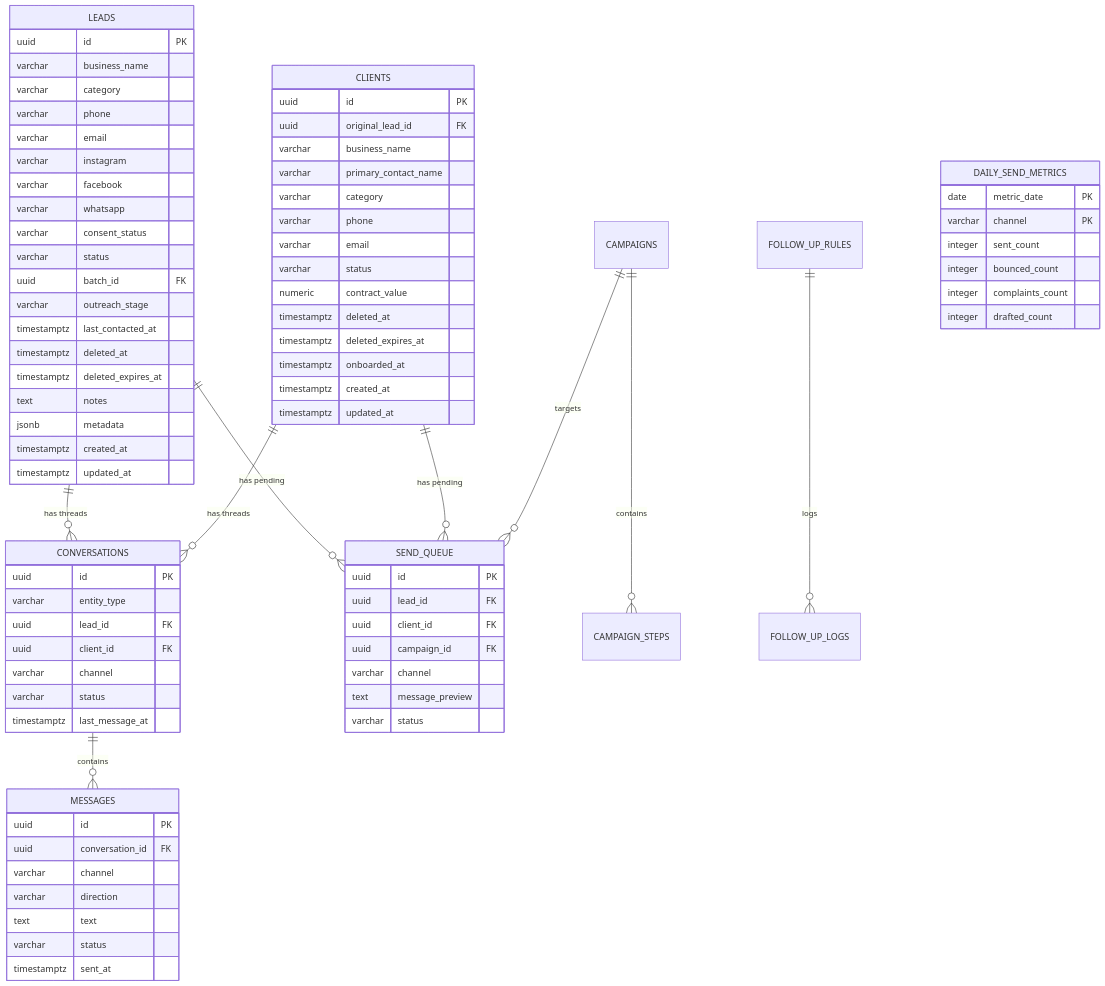
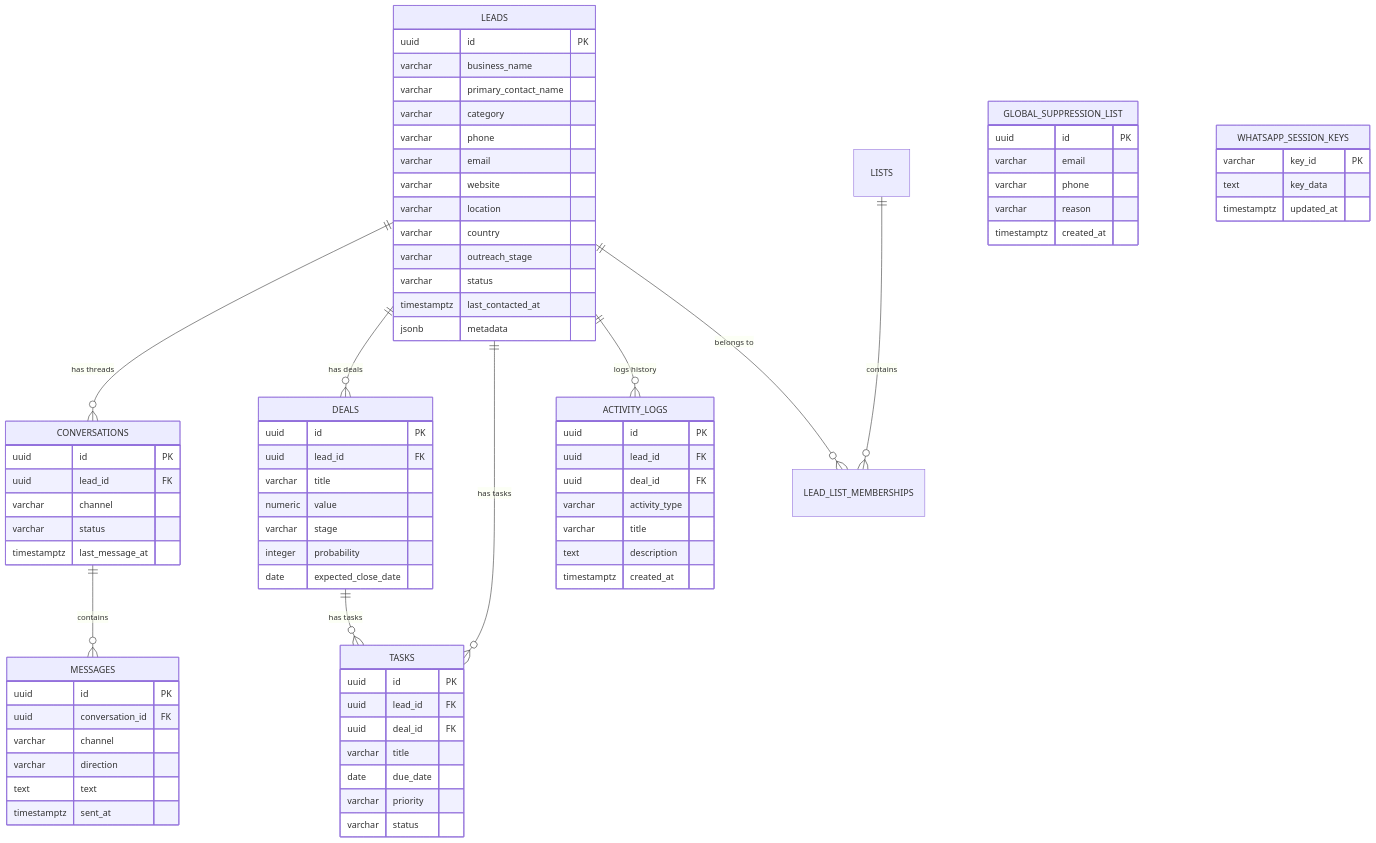
One commit to helloujjawal007/Outreach-Dashboard changed the second of 2 diagrams in README.md. Above: the diagram before and after it, drawn with Mermaid. The commit also changed other lines of this file and 3 other files, not shown here.

````diff
--- a/README.md
+++ b/README.md
@@ -225,58 +138,63 @@
 ```mermaid
 erDiagram
     LEADS ||--o{ CONVERSATIONS : "has threads"
-    LEADS ||--o{ SEND_QUEUE : "has pending"
-    CLIENTS ||--o{ CONVERSATIONS : "has threads"
-    CLIENTS ||--o{ SEND_QUEUE : "has pending"
+    LEADS ||--o{ DEALS : "has deals"
+    LEADS ||--o{ TASKS : "has tasks"
+    LEADS ||--o{ ACTIVITY_LOGS : "logs history"
+    LEADS ||--o{ LEAD_LIST_MEMBERSHIPS : "belongs to"
     CONVERSATIONS ||--o{ MESSAGES : "contains"
-    CAMPAIGNS ||--o{ CAMPAIGN_STEPS : "contains"
-    CAMPAIGNS ||--o{ SEND_QUEUE : "targets"
-    FOLLOW_UP_RULES ||--o{ FOLLOW_UP_LOGS : "logs"
+    DEALS ||--o{ TASKS : "has tasks"
+    LISTS ||--o{ LEAD_LIST_MEMBERSHIPS : "contains"
 
     LEADS {
         uuid id PK
-        varchar business_name
-        varchar category
-        varchar phone
-        varchar email
-        varchar instagram
-        varchar facebook
-        varchar whatsapp
-        varchar consent_status
-        varchar status
-        uuid batch_id FK
-        varchar outreach_stage
-        timestamptz last_contacted_at
-        timestamptz deleted_at
-        timestamptz deleted_expires_at
-        text notes
-        jsonb metadata
-        timestamptz created_at
-        timestamptz updated_at
-    }
-
-    CLIENTS {
-        uuid id PK
-        uuid original_lead_id FK
         varchar business_name
         varchar primary_contact_name
         varchar category
         varchar phone
         varchar email
+        varchar website
+        varchar location
+        varchar country
+        varchar outreach_stage
         varchar status
-        numeric contract_value
-        timestamptz deleted_at
-        timestamptz deleted_expires_at
-        timestamptz onboarded_at
+        timestamptz last_contacted_at
+        jsonb metadata
+    }
+
+    DEALS {
+        uuid id PK
+        uuid lead_id FK
+        varchar title
+        numeric value
+        varchar stage
+        integer probability
+        date expected_close_date
+    }
+
+    TASKS {
+        uuid id PK
+        uuid lead_id FK
+        uuid deal_id FK
+        varchar title
+        date due_date
+        varchar priority
+        varchar status
+    }
+
+    ACTIVITY_LOGS {
+        uuid id PK
+        uuid lead_id FK
+        uuid deal_id FK
+        varchar activity_type
+        varchar title
+        text description
         timestamptz created_at
-        timestamptz updated_at
     }
 
     CONVERSATIONS {
         uuid id PK
-        varchar entity_type
         uuid lead_id FK
-        uuid client_id FK
         varchar channel
         varchar status
         timestamptz last_message_at
@@ -288,26 +206,20 @@
         varchar channel
         varchar direction
         text text
-        varchar status
         timestamptz sent_at
     }
 
-    SEND_QUEUE {
+    GLOBAL_SUPPRESSION_LIST {
         uuid id PK
-        uuid lead_id FK
-        uuid client_id FK
-        uuid campaign_id FK
-        varchar channel
-        text message_preview
-        varchar status
+        varchar email
+        varchar phone
+        varchar reason
+        timestamptz created_at
     }
 
-    DAILY_SEND_METRICS {
-        date metric_date PK
-        varchar channel PK
-        integer sent_count
-        integer bounced_count
-        integer complaints_count
-        integer drafted_count
+    WHATSAPP_SESSION_KEYS {
+        varchar key_id PK
+        text key_data
+        timestamptz updated_at
     }
 ```
````
